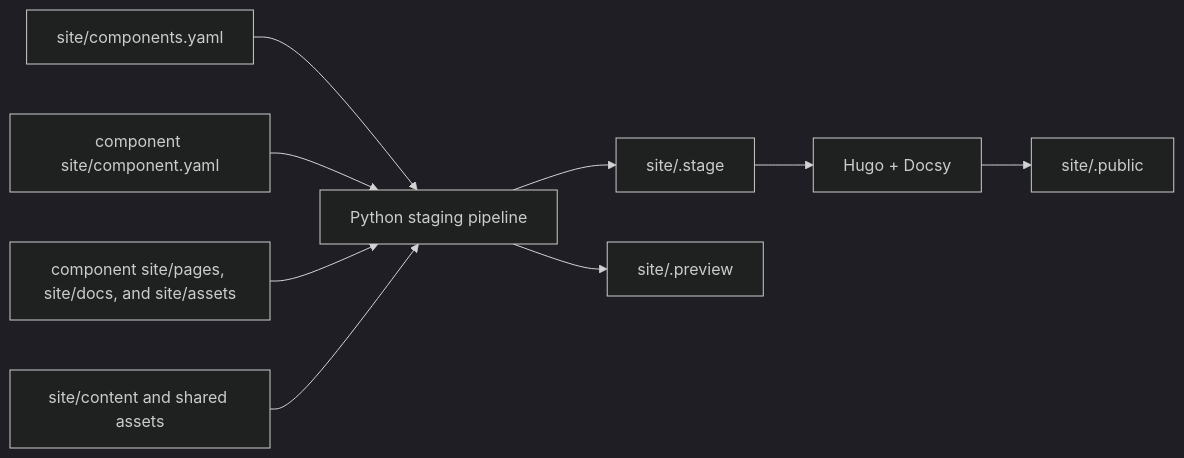
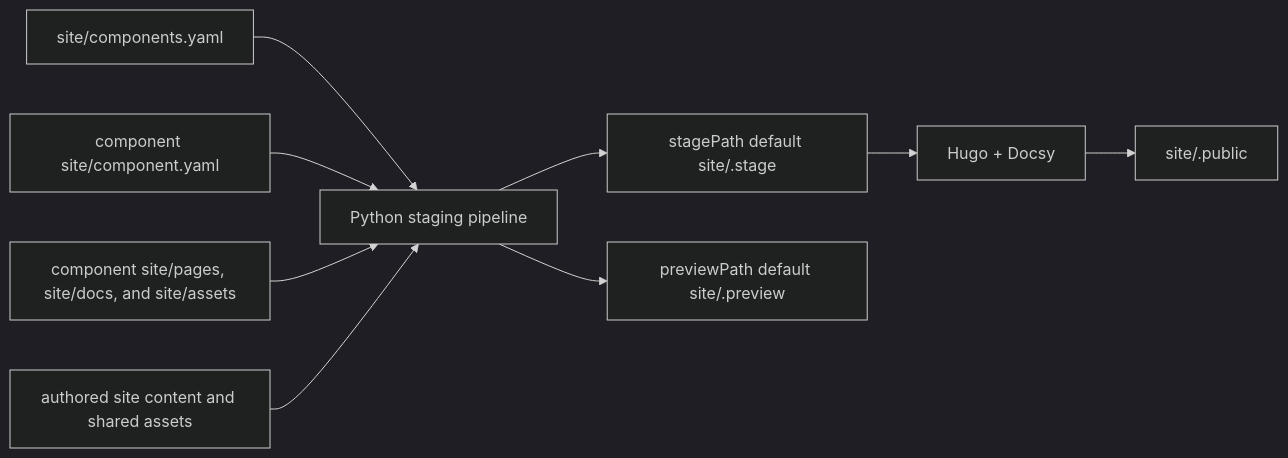
Before and after one commit to buildish-tooling/buildish: the first of 2 diagrams in site/site/docs/site-pipeline.md, drawn with Mermaid (dark theme). The commit also changed other lines of this file and 9 other files, not shown here.

````diff
--- a/site/site/docs/site-pipeline.md
+++ b/site/site/docs/site-pipeline.md
@@ -68,11 +77,11 @@
 ```mermaid
 flowchart LR
     A[site/components.yaml] --> P[Python staging pipeline]
     B[component site/component.yaml] --> P
     C[component site/pages, site/docs, and site/assets] --> P
-    D[site/content and shared assets] --> P
-    P --> S[site/.stage]
-    P --> V[site/.preview]
+    D[authored site content and shared assets] --> P
+    P --> S[stagePath default site/.stage]
+    P --> V[previewPath default site/.preview]
     S --> H[Hugo + Docsy]
     H --> U[site/.public]
 ```
````
